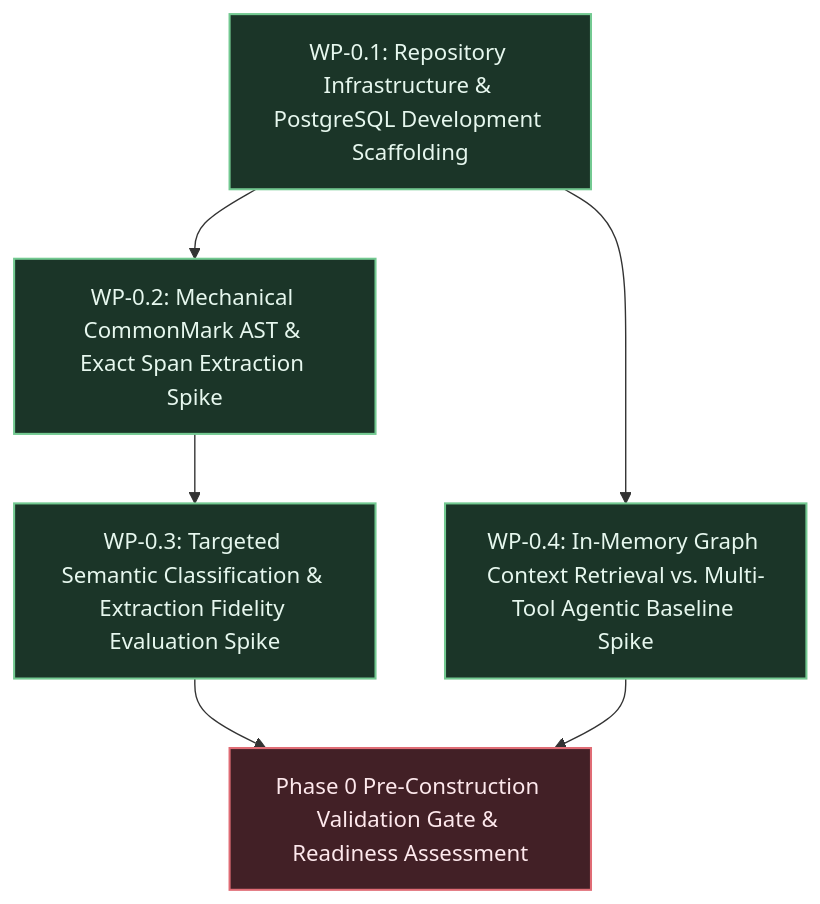
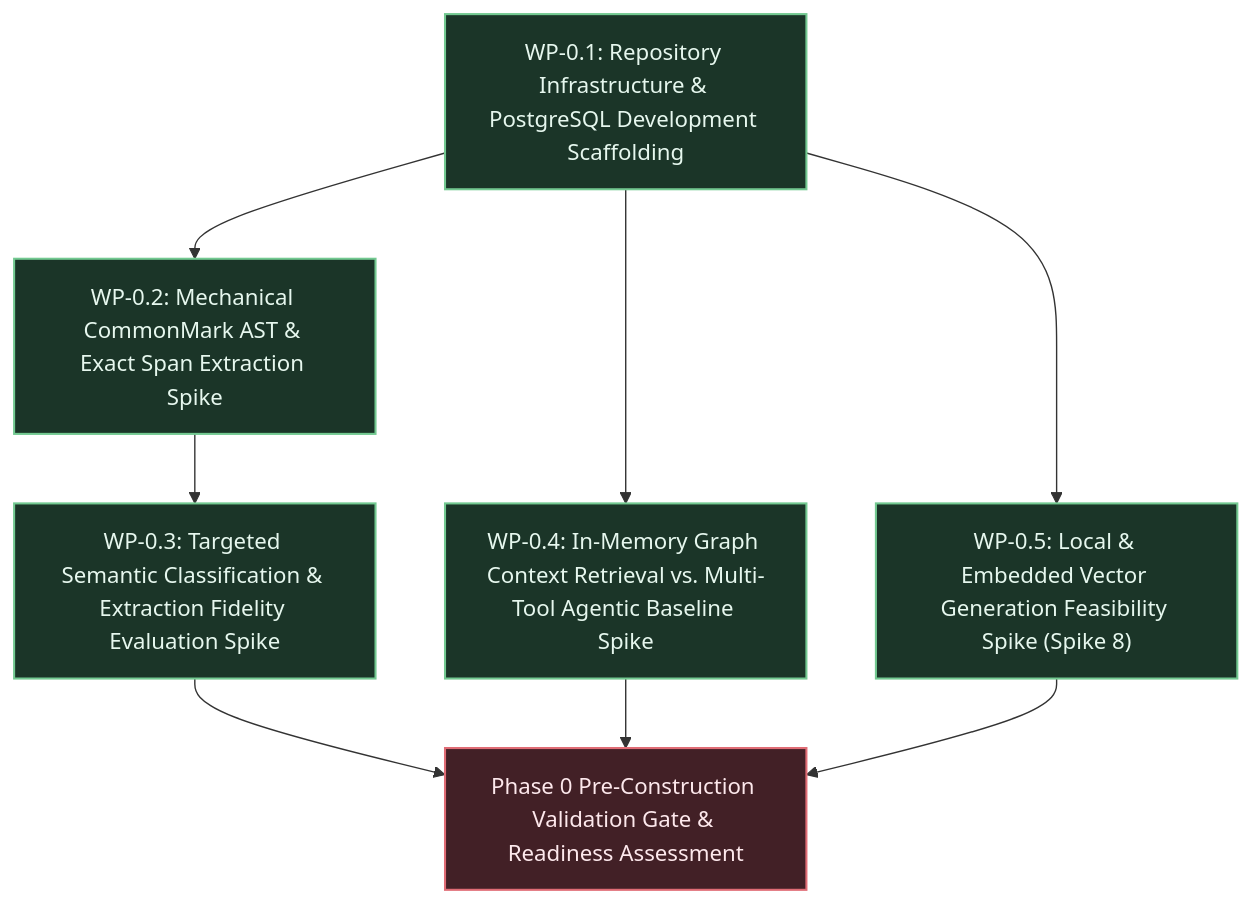
One commit to Shapedsundew9/tks changed the diagram in docs/vision/phase0-plan.md. Above: the diagram before and after it, drawn with Mermaid. The commit also changed other lines of this file, not shown here.

````diff
--- a/docs/vision/phase0-plan.md
+++ b/docs/vision/phase0-plan.md
@@ -20,40 +25,42 @@
 ```mermaid
 %%{init: {
   'theme': 'base',
   'themeVariables': {
     'darkMode': true,
     'background': '#161922',
     'mainBkg': '#1e2230',
     'nodeBorder': '#434c5e',
     'textColor': '#e2e8f0',
     'fontFamily': 'ui-sans-serif, system-ui, -apple-system, BlinkMacSystemFont, "Segoe UI", Roboto, "Helvetica Neue", Arial, sans-serif',
     'fontSize': '14px',
     'lineColor': '#8892b0',
     'primaryColor': '#422026',
     'primaryTextColor': '#fde8ec',
     'primaryBorderColor': '#e06c75',
     'secondaryColor': '#1b3528',
     'secondaryTextColor': '#e6f7ee',
     'secondaryBorderColor': '#73c991',
     'tertiaryColor': '#1d2c44',
     'tertiaryTextColor': '#e4f0fc',
     'tertiaryBorderColor': '#61afef',
     'clusterBkg': '#13161f',
     'clusterBorder': '#373e51',
     'noteBkgColor': '#2e271a',
     'noteTextColor': '#fdf4db',
     'noteBorderColor': '#e5c07b',
     'edgeLabelBackground': '#1a1d27'
   }
 }}%%
 flowchart TD
     classDef primary fill:#422026,stroke:#e06c75,stroke-width:1.5px,color:#fde8ec;
     classDef secondary fill:#1b3528,stroke:#73c991,stroke-width:1.5px,color:#e6f7ee;
     classDef tertiary fill:#1d2c44,stroke:#61afef,stroke-width:1.5px,color:#e4f0fc;
 
     WP1["WP-0.1: Repository Infrastructure & PostgreSQL Development Scaffolding"]:::secondary --> WP2["WP-0.2: Mechanical CommonMark AST & Exact Span Extraction Spike"]:::secondary
     WP2 --> WP3["WP-0.3: Targeted Semantic Classification & Extraction Fidelity Evaluation Spike"]:::secondary
     WP1 --> WP4["WP-0.4: In-Memory Graph Context Retrieval vs. Multi-Tool Agentic Baseline Spike"]:::secondary
+    WP1 --> WP5["WP-0.5: Local & Embedded Vector Generation Feasibility Spike (Spike 8)"]:::secondary
     WP3 --> GATE["Phase 0 Pre-Construction Validation Gate & Readiness Assessment"]:::primary
     WP4 --> GATE
+    WP5 --> GATE
 ```
````
